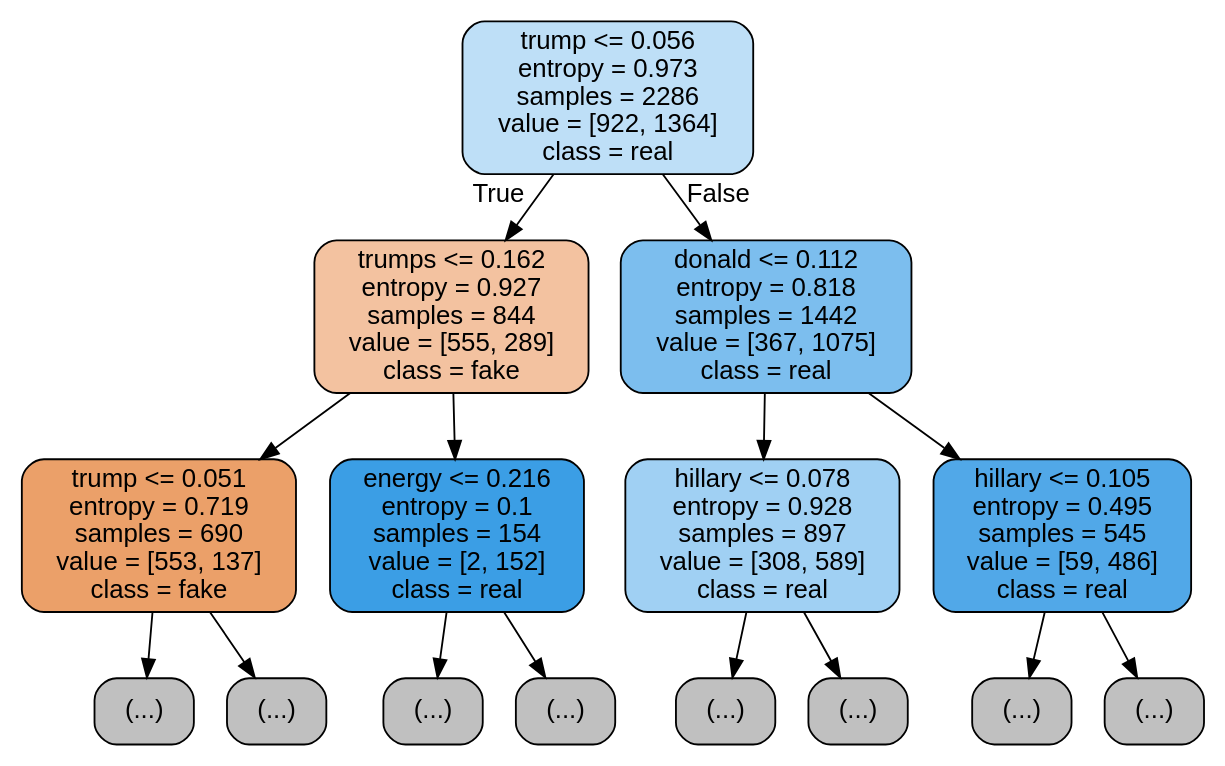
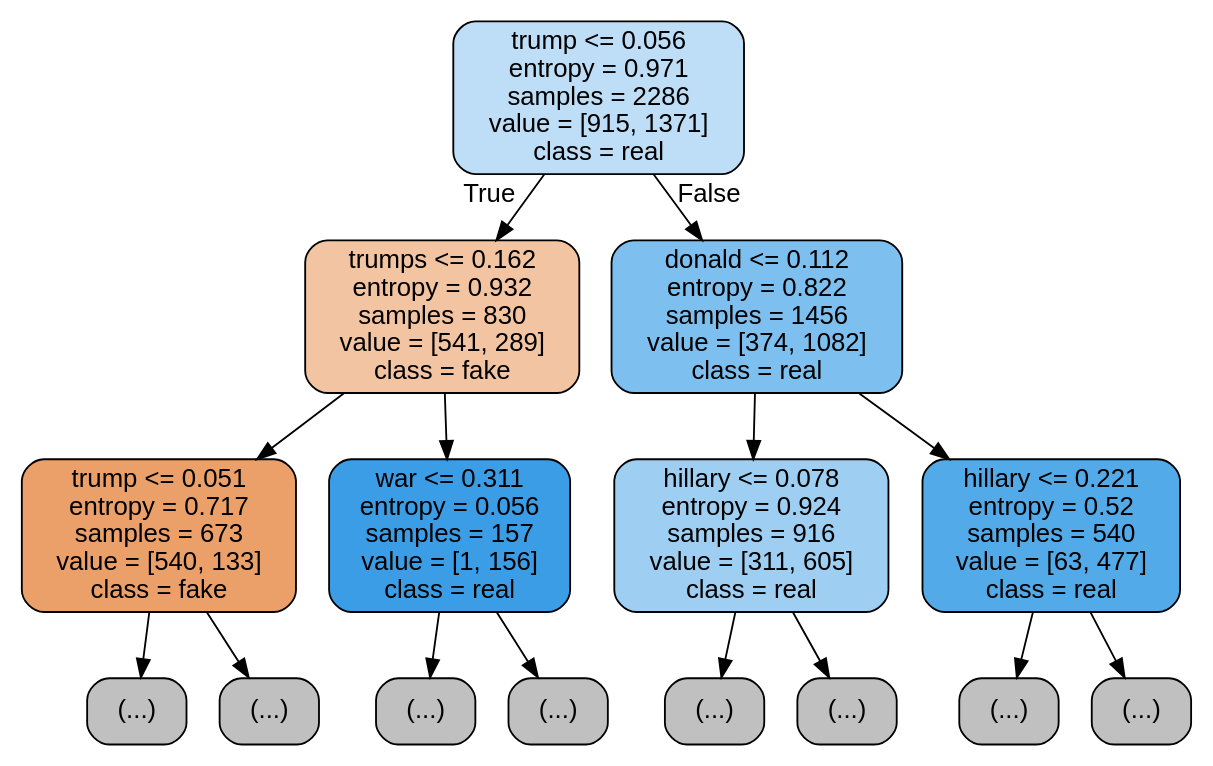
Before and after one commit to carsonmclean/CSC411-CSC2515: the diagram in homework/hw1/best.dot, drawn with Graphviz. The commit also changed 3 other files, not shown here.

```diff
--- a/homework/hw1/best.dot
+++ b/homework/hw1/best.dot
@@ -1,33 +1,33 @@
 digraph Tree {
 node [shape=box, style="filled, rounded", color="black", fontname=helvetica] ;
 edge [fontname=helvetica] ;
-0 [label="trump <= 0.056\nentropy = 0.973\nsamples = 2286\nvalue = [922, 1364]\nclass = real", fillcolor="#399de553"] ;
-1 [label="trumps <= 0.162\nentropy = 0.927\nsamples = 844\nvalue = [555, 289]\nclass = fake", fillcolor="#e581397a"] ;
+0 [label="trump <= 0.056\nentropy = 0.971\nsamples = 2286\nvalue = [915, 1371]\nclass = real", fillcolor="#399de555"] ;
+1 [label="trumps <= 0.162\nentropy = 0.932\nsamples = 830\nvalue = [541, 289]\nclass = fake", fillcolor="#e5813977"] ;
 0 -> 1 [labeldistance=2.5, labelangle=45, headlabel="True"] ;
-2 [label="trump <= 0.051\nentropy = 0.719\nsamples = 690\nvalue = [553, 137]\nclass = fake", fillcolor="#e58139c0"] ;
+2 [label="trump <= 0.051\nentropy = 0.717\nsamples = 673\nvalue = [540, 133]\nclass = fake", fillcolor="#e58139c0"] ;
 1 -> 2 ;
 3 [label="(...)", fillcolor="#C0C0C0"] ;
 2 -> 3 ;
 22 [label="(...)", fillcolor="#C0C0C0"] ;
 2 -> 22 ;
-41 [label="energy <= 0.216\nentropy = 0.1\nsamples = 154\nvalue = [2, 152]\nclass = real", fillcolor="#399de5fc"] ;
-1 -> 41 ;
+37 [label="war <= 0.311\nentropy = 0.056\nsamples = 157\nvalue = [1, 156]\nclass = real", fillcolor="#399de5fd"] ;
+1 -> 37 ;
+38 [label="(...)", fillcolor="#C0C0C0"] ;
+37 -> 38 ;
+39 [label="(...)", fillcolor="#C0C0C0"] ;
+37 -> 39 ;
+40 [label="donald <= 0.112\nentropy = 0.822\nsamples = 1456\nvalue = [374, 1082]\nclass = real", fillcolor="#399de5a7"] ;
+0 -> 40 [labeldistance=2.5, labelangle=-45, headlabel="False"] ;
+41 [label="hillary <= 0.078\nentropy = 0.924\nsamples = 916\nvalue = [311, 605]\nclass = real", fillcolor="#399de57c"] ;
+40 -> 41 ;
 42 [label="(...)", fillcolor="#C0C0C0"] ;
 41 -> 42 ;
-45 [label="(...)", fillcolor="#C0C0C0"] ;
-41 -> 45 ;
-46 [label="donald <= 0.112\nentropy = 0.818\nsamples = 1442\nvalue = [367, 1075]\nclass = real", fillcolor="#399de5a8"] ;
-0 -> 46 [labeldistance=2.5, labelangle=-45, headlabel="False"] ;
-47 [label="hillary <= 0.078\nentropy = 0.928\nsamples = 897\nvalue = [308, 589]\nclass = real", fillcolor="#399de57a"] ;
-46 -> 47 ;
-48 [label="(...)", fillcolor="#C0C0C0"] ;
-47 -> 48 ;
 79 [label="(...)", fillcolor="#C0C0C0"] ;
-47 -> 79 ;
-86 [label="hillary <= 0.105\nentropy = 0.495\nsamples = 545\nvalue = [59, 486]\nclass = real", fillcolor="#399de5e0"] ;
-46 -> 86 ;
-87 [label="(...)", fillcolor="#C0C0C0"] ;
-86 -> 87 ;
+41 -> 79 ;
+84 [label="hillary <= 0.221\nentropy = 0.52\nsamples = 540\nvalue = [63, 477]\nclass = real", fillcolor="#399de5dd"] ;
+40 -> 84 ;
+85 [label="(...)", fillcolor="#C0C0C0"] ;
+84 -> 85 ;
 108 [label="(...)", fillcolor="#C0C0C0"] ;
-86 -> 108 ;
+84 -> 108 ;
 }
```
